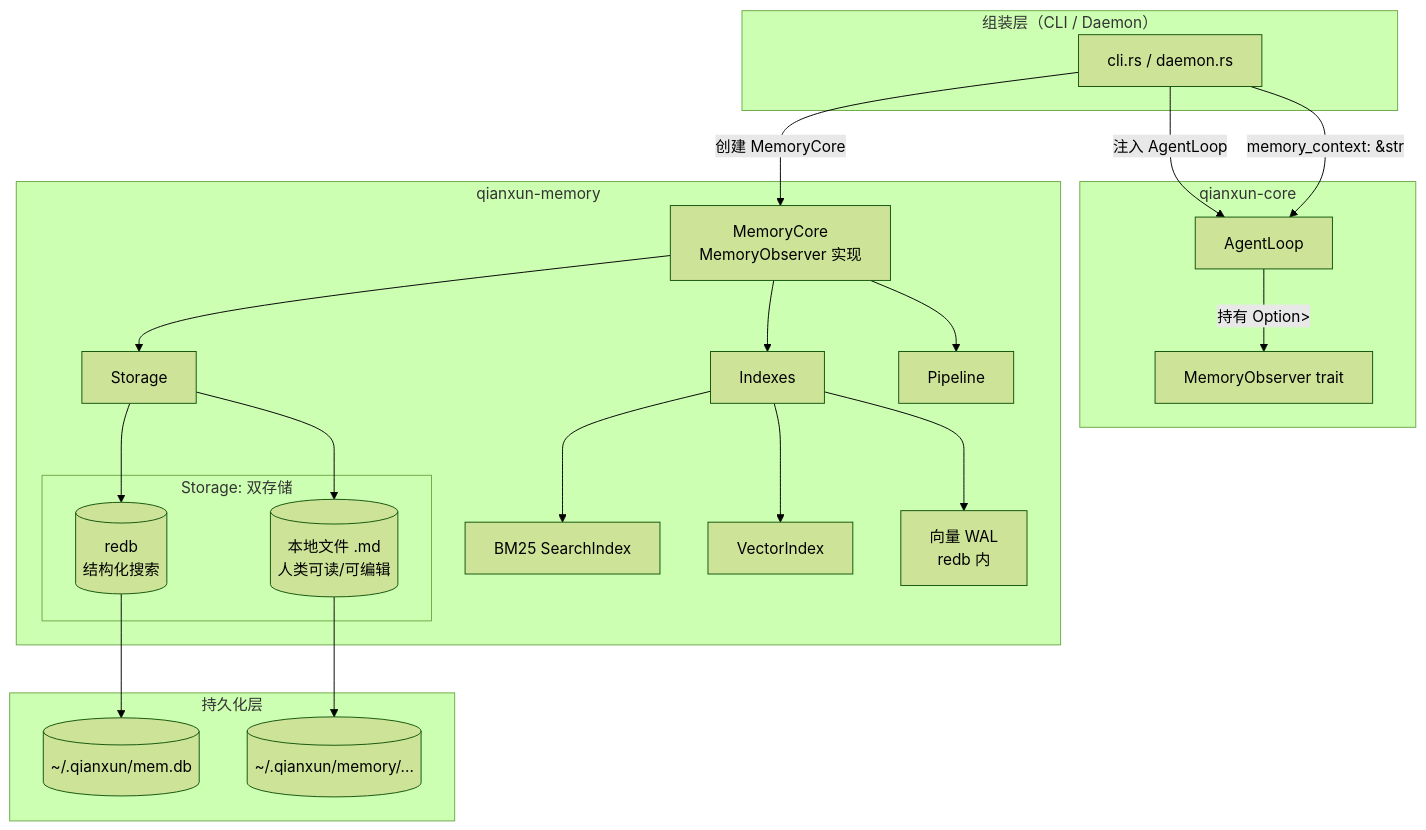
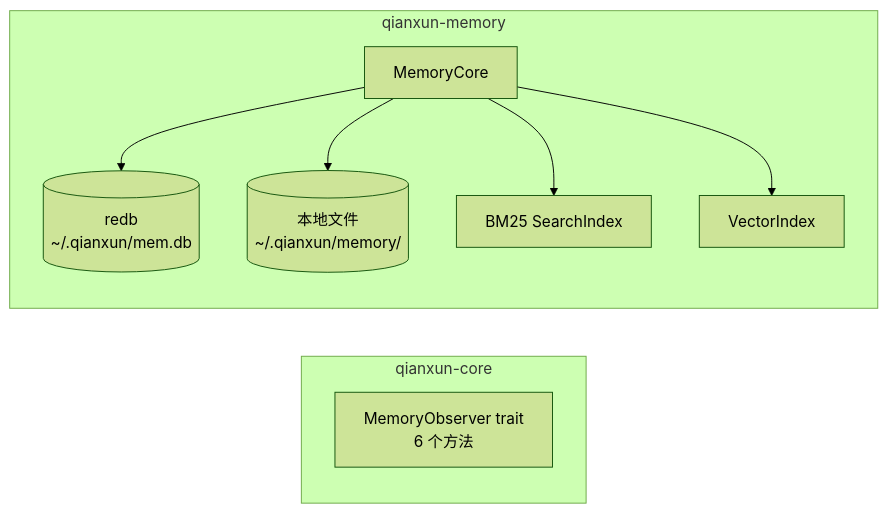
Before and after one commit to imxood/qianxun: the third of 3 diagrams in docs/architecture.md, drawn with Mermaid (forest theme). The commit also changed other lines of this file and 1 other file, not shown here.

First line of the commit message:
docs: 拆分 architecture.md — 系统架构与记忆子系统独立文档

````diff
--- a/docs/architecture.md
+++ b/docs/architecture.md
@@ -110,42 +502,14 @@
 ```mermaid
-graph TB
+graph LR
     subgraph "qianxun-core"
-        AL[AgentLoop]
-        TRAIT[MemoryObserver trait]
-        AL -->|持有 Option<Box<dyn MemoryObserver>>| TRAIT
+        MO[MemoryObserver trait<br/>6 个方法]
     end
-
+    
     subgraph "qianxun-memory"
-        MC[MemoryCore
-            MemoryObserver 实现]
-        MC --> ST[Storage]
-        MC --> IDX[Indexes]
-        MC --> PP[Pipeline]
-        
-        subgraph "Storage: 双存储"
-            R[(redb<br/>结构化搜索)]
-            F[(本地文件 .md<br/>人类可读/可编辑)]
-        end
-        ST --> R
-        ST --> F
-        
-        IDX --> BM25[BM25 SearchIndex]
-        IDX --> VEC[VectorIndex]
-        IDX --> WAL[向量 WAL
-            redb 内]
-    end
-
-    subgraph "组装层（CLI / Daemon）"
-        MAIN[cli.rs / daemon.rs]
-        MAIN -->|创建 MemoryCore| MC
-        MAIN -->|注入 AgentLoop| AL
-        MAIN -->|memory_context: &str| AL
-    end
-
-    subgraph "持久化层"
-        REDB[(~/.qianxun/mem.db)]
-        FILES[(~/.qianxun/memory/...)]
-        R --> REDB
-        F --> FILES
+        MC[MemoryCore]
+        MC --> R[(redb<br/>~/.qianxun/mem.db)]
+        MC --> F[(本地文件<br/>~/.qianxun/memory/)]
+        MC --> BM[BM25 SearchIndex]
+        MC --> VI[VectorIndex]
     end
 ```
````
